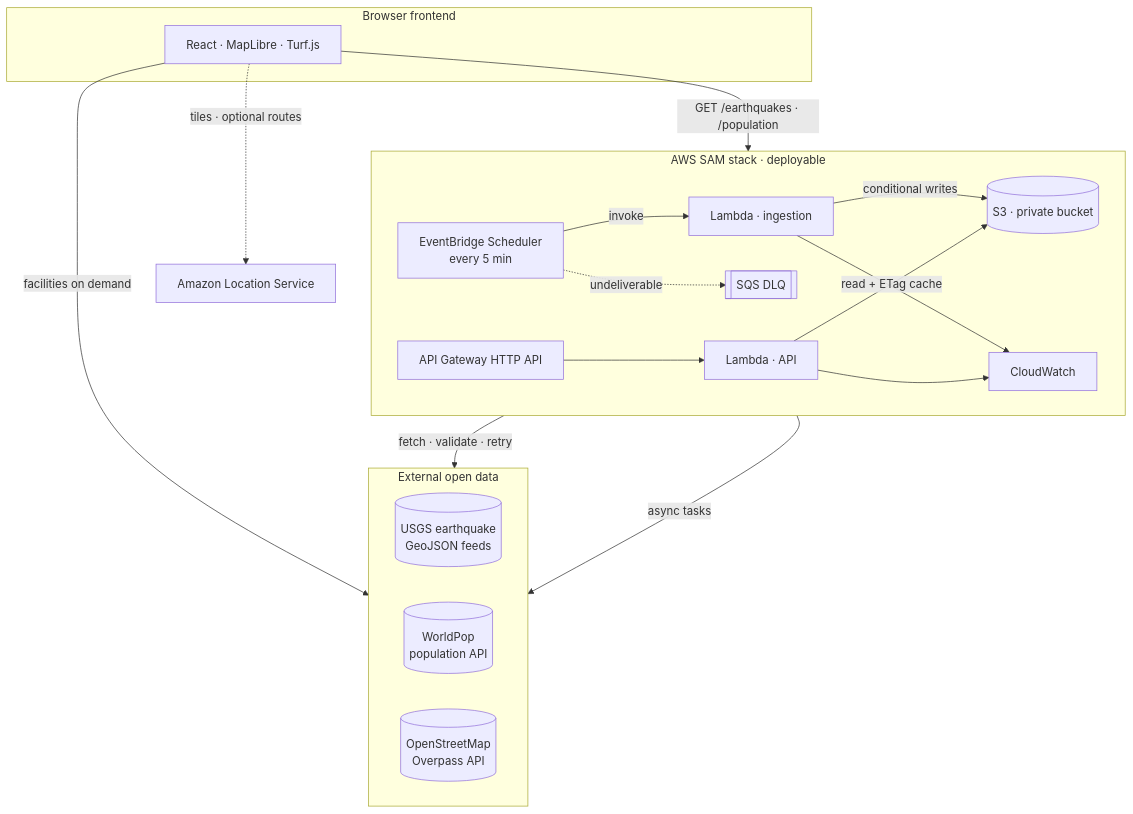
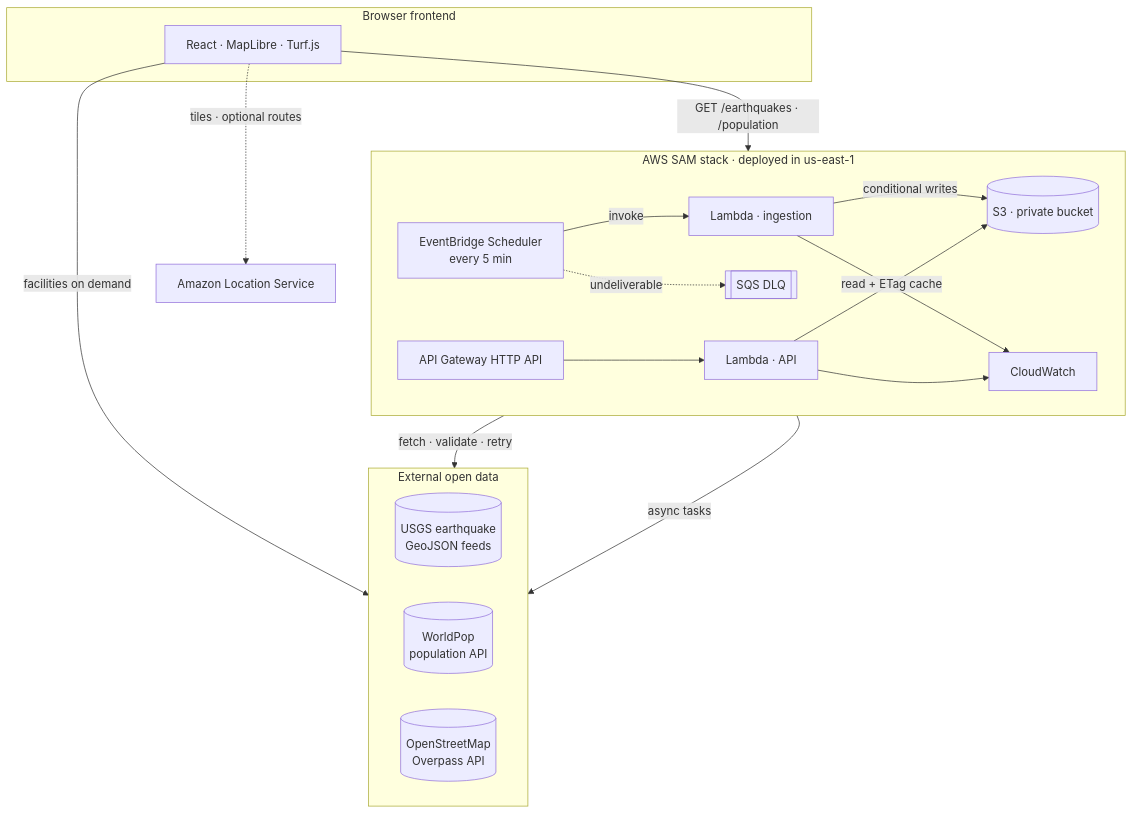
The diagram in docs/ARTICLE.md (TanseerS/GeoRescue-Mapping-Disaster-Impact-and-Emergency-Response-Gaps), drawn with Mermaid before and after one commit. The commit also changed other lines of this file and 6 other files, not shown here.

````diff
--- a/docs/ARTICLE.md
+++ b/docs/ARTICLE.md
@@ -52,27 +52,27 @@
 ```mermaid
 flowchart TB
     subgraph SOURCES["External open data"]
         direction LR
         USGS[("USGS earthquake<br/>GeoJSON feeds")]
         WP[("WorldPop<br/>population API")]
         OSM[("OpenStreetMap<br/>Overpass API")]
     end
-    subgraph STACK["AWS SAM stack · deployable"]
+    subgraph STACK["AWS SAM stack · deployed in us-east-1"]
         direction LR
         SCH["EventBridge Scheduler<br/>every 5 min"] -->|invoke| ING["Lambda · ingestion"]
         SCH -.->|undeliverable| DLQ[["SQS DLQ"]]
         ING -->|conditional writes| S3[("S3 · private bucket")]
         API["Lambda · API"] -->|read + ETag cache| S3
         GW["API Gateway HTTP API"] --> API
         ING --> CW["CloudWatch"]
         API --> CW
     end
     subgraph CLIENT["Browser frontend"]
         APP["React · MapLibre · Turf.js"]
     end
     ING -->|fetch · validate · retry| USGS
     API -->|async tasks| WP
     APP -->|"GET /earthquakes · /population"| GW
     APP -->|facilities on demand| OSM
     APP -.->|tiles · optional routes| LOC["Amazon Location Service"]
 ```
````
